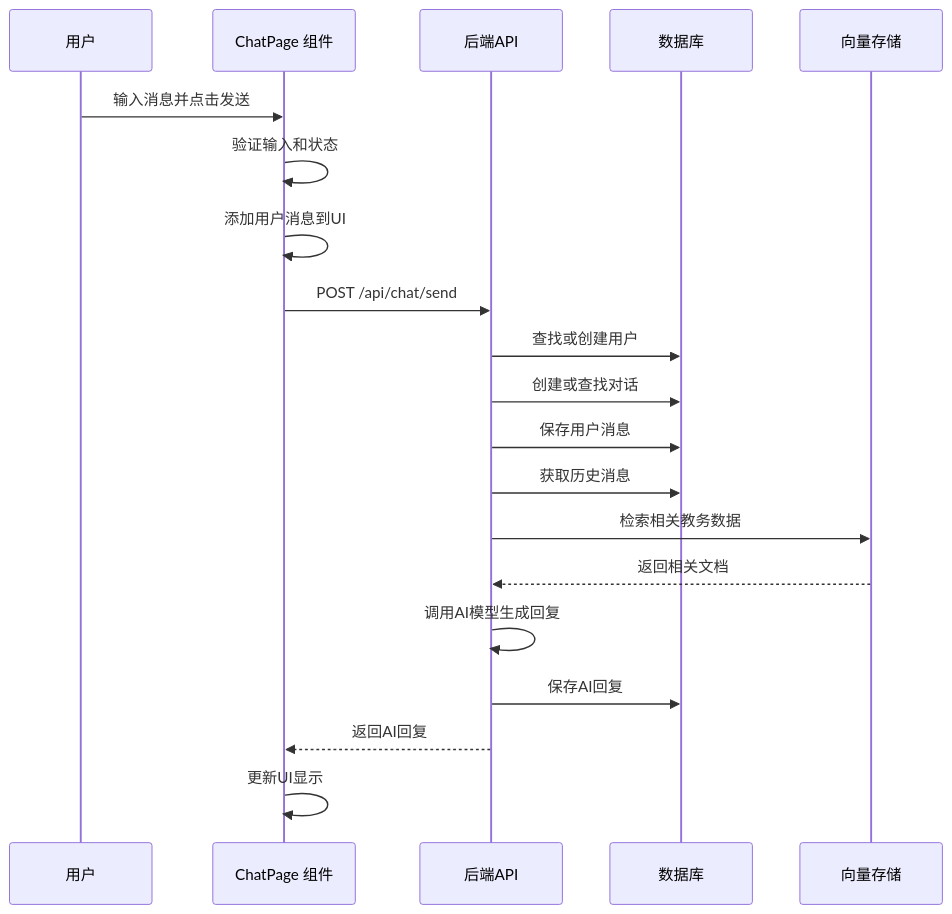
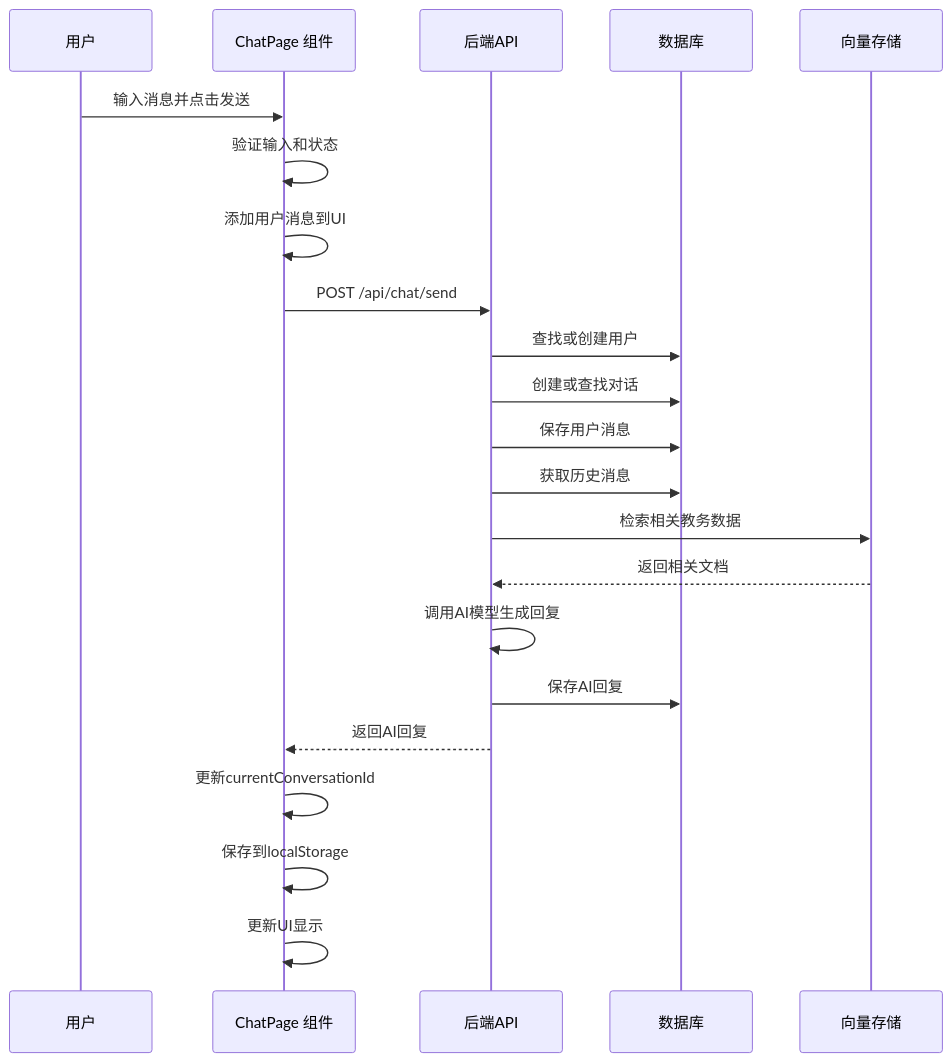
Before and after one commit to ghbbn053-ship-itsoulddog/soulddog: the sixth of 12 diagrams in .qoder/repowiki/zh/content/前端应用文档/AI聊天界面与对话交互.md, drawn with Mermaid. The commit also changed other lines of this file and 6 other files, not shown here.

````diff
--- a/.qoder/repowiki/zh/content/前端应用文档/AI聊天界面与对话交互.md
+++ b/.qoder/repowiki/zh/content/前端应用文档/AI聊天界面与对话交互.md
@@ -230,22 +286,24 @@
 ```mermaid
 sequenceDiagram
 participant U as 用户
 participant C as ChatPage 组件
 participant API as 后端API
 participant DB as 数据库
 participant VS as 向量存储
 U->>C : 输入消息并点击发送
 C->>C : 验证输入和状态
 C->>C : 添加用户消息到UI
 C->>API : POST /api/chat/send
 API->>DB : 查找或创建用户
 API->>DB : 创建或查找对话
 API->>DB : 保存用户消息
 API->>DB : 获取历史消息
 API->>VS : 检索相关教务数据
 VS-->>API : 返回相关文档
 API->>API : 调用AI模型生成回复
 API->>DB : 保存AI回复
 API-->>C : 返回AI回复
+C->>C : 更新currentConversationId
+C->>C : 保存到localStorage
 C->>C : 更新UI显示
 ```
````
